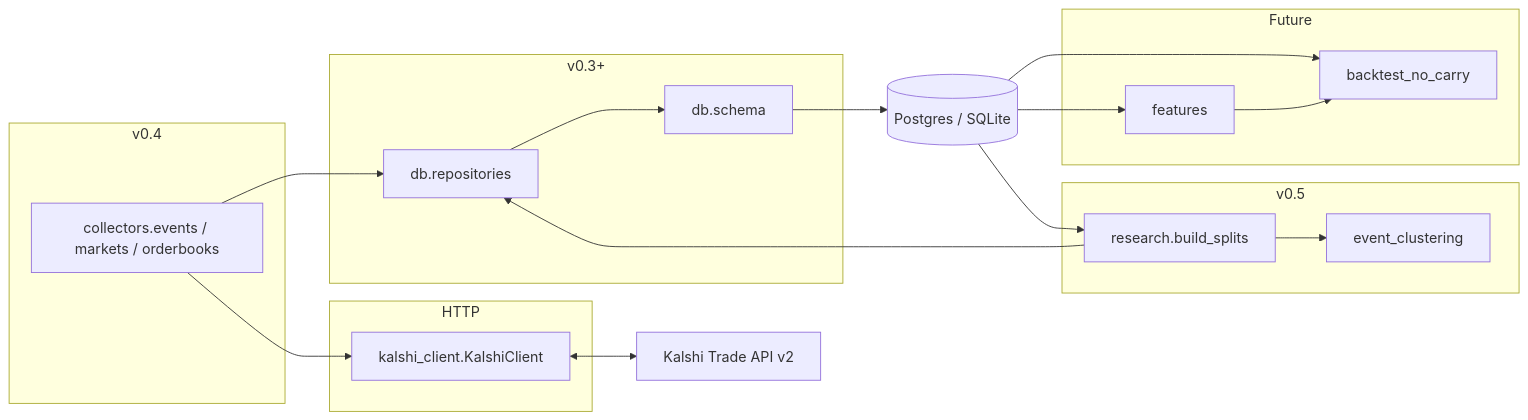
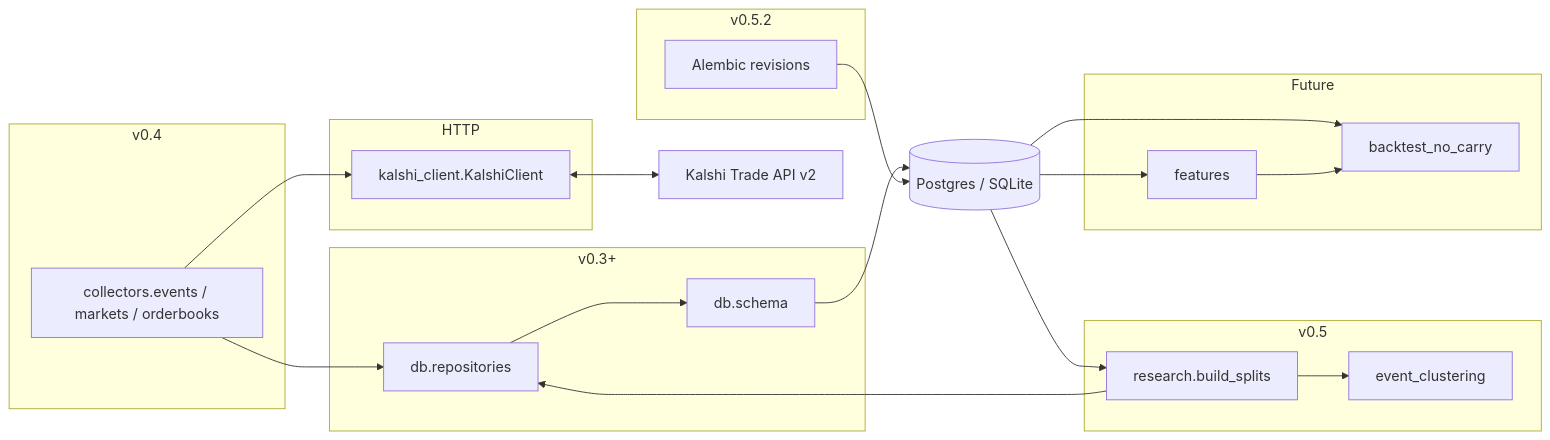
The diagram in docs/ARCHITECTURE.md (aryanbonigala/No-Contracts), drawn with Mermaid before and after one commit. The commit also changed other lines of this file and 13 other files, not shown here.

Commit message:
v0.5.3 add Alembic migrations with frozen initial schema

````diff
--- a/docs/ARCHITECTURE.md
+++ b/docs/ARCHITECTURE.md
@@ -11,34 +11,38 @@
 ```mermaid
 flowchart LR
   subgraph client [HTTP]
     KC[kalshi_client.KalshiClient]
   end
   subgraph ingest [v0.4]
     COL[collectors.events / markets / orderbooks]
   end
   subgraph persistence [v0.3+]
     REP[db.repositories]
     SCH[db.schema]
+  end
+  subgraph migrations [v0.5.2]
+    ALB[Alembic revisions]
   end
   subgraph splits [v0.5]
     BC[research.build_splits]
     CL[event_clustering]
   end
   API[Kalshi Trade API v2]
   KC <--> API
   COL --> KC
   COL --> REP
   BC --> REP
   BC --> CL
   REP --> SCH
   DB[(Postgres / SQLite)]
   SCH --> DB
+  ALB --> DB
   subgraph research_future [Future]
     FE[features]
     BT[backtest_no_carry]
   end
   DB --> BC
   DB --> FE
   DB --> BT
   FE --> BT
 ```
````
